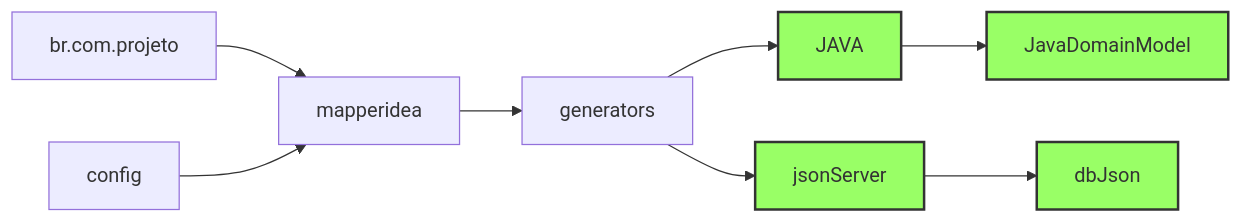
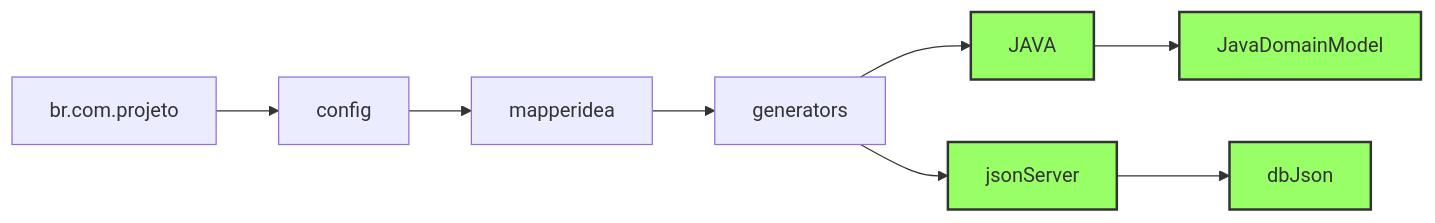
The second of 2 diagrams in mapeando-codigo.md (HamiltonVentura/MapperIdea), drawn with Mermaid before and after one commit.

````diff
--- a/mapeando-codigo.md
+++ b/mapeando-codigo.md
@@ -14,15 +14,15 @@
 ```mermaid
     flowchart LR
-        br.com.projeto --> mapperidea
+        br.com.projeto --> config
         config --> mapperidea;
         mapperidea --> generators;
         generators --> JAVA;
         generators --> jsonServer;
         JAVA --> JavaDomainModel;
         jsonServer --> dbJson;
 
 style JAVA fill:#9f6,stroke:#333,stroke-width:2px;
 style jsonServer fill:#9f6,stroke:#333,stroke-width:2px;
 style JavaDomainModel fill:#9f6,stroke:#333,stroke-width:2px;
 style dbJson fill:#9f6,stroke:#333,stroke-width:2px;
 ```
````
